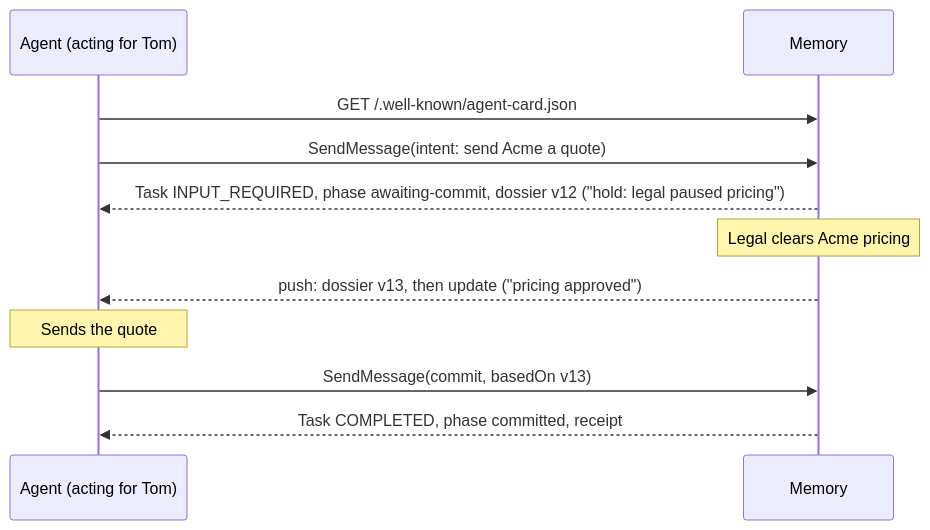
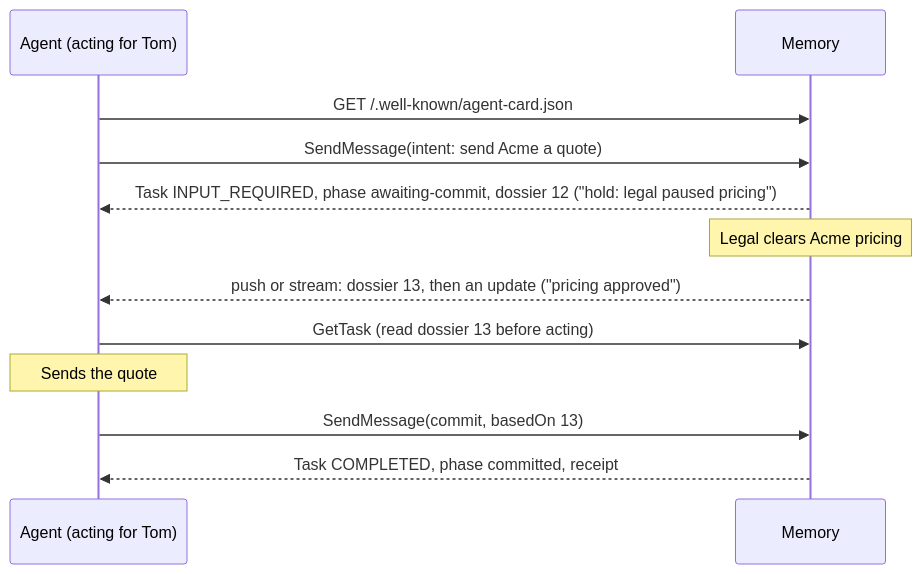
One commit to mem2a/mem2a changed the diagram in spec/v0.1/mem2a.md. Above: the diagram before and after it, drawn with Mermaid. The commit also changed other lines of this file and 81 other files, not shown here.

````diff
--- a/spec/v0.1/mem2a.md
+++ b/spec/v0.1/mem2a.md
@@ -105,13 +110,14 @@
 ```mermaid
 sequenceDiagram
     participant A as Agent (acting for Tom)
     participant M as Memory
     A->>M: GET /.well-known/agent-card.json
     A->>M: SendMessage(intent: send Acme a quote)
-    M-->>A: Task INPUT_REQUIRED, phase awaiting-commit, dossier v12 ("hold: legal paused pricing")
+    M-->>A: Task INPUT_REQUIRED, phase awaiting-commit, dossier 12 ("hold: legal paused pricing")
     Note over M: Legal clears Acme pricing
-    M-->>A: push: dossier v13, then update ("pricing approved")
+    M-->>A: push or stream: dossier 13, then an update ("pricing approved")
+    A->>M: GetTask (read dossier 13 before acting)
     Note over A: Sends the quote
-    A->>M: SendMessage(commit, basedOn v13)
+    A->>M: SendMessage(commit, basedOn 13)
     M-->>A: Task COMPLETED, phase committed, receipt
 ```
````
